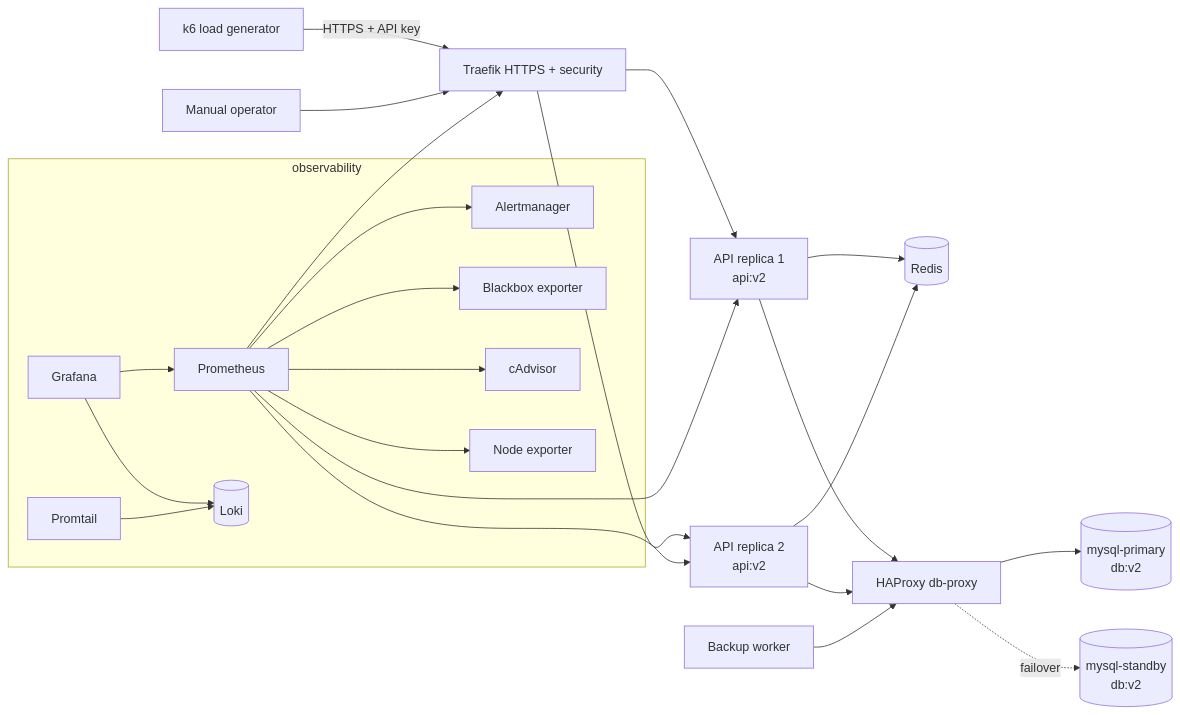
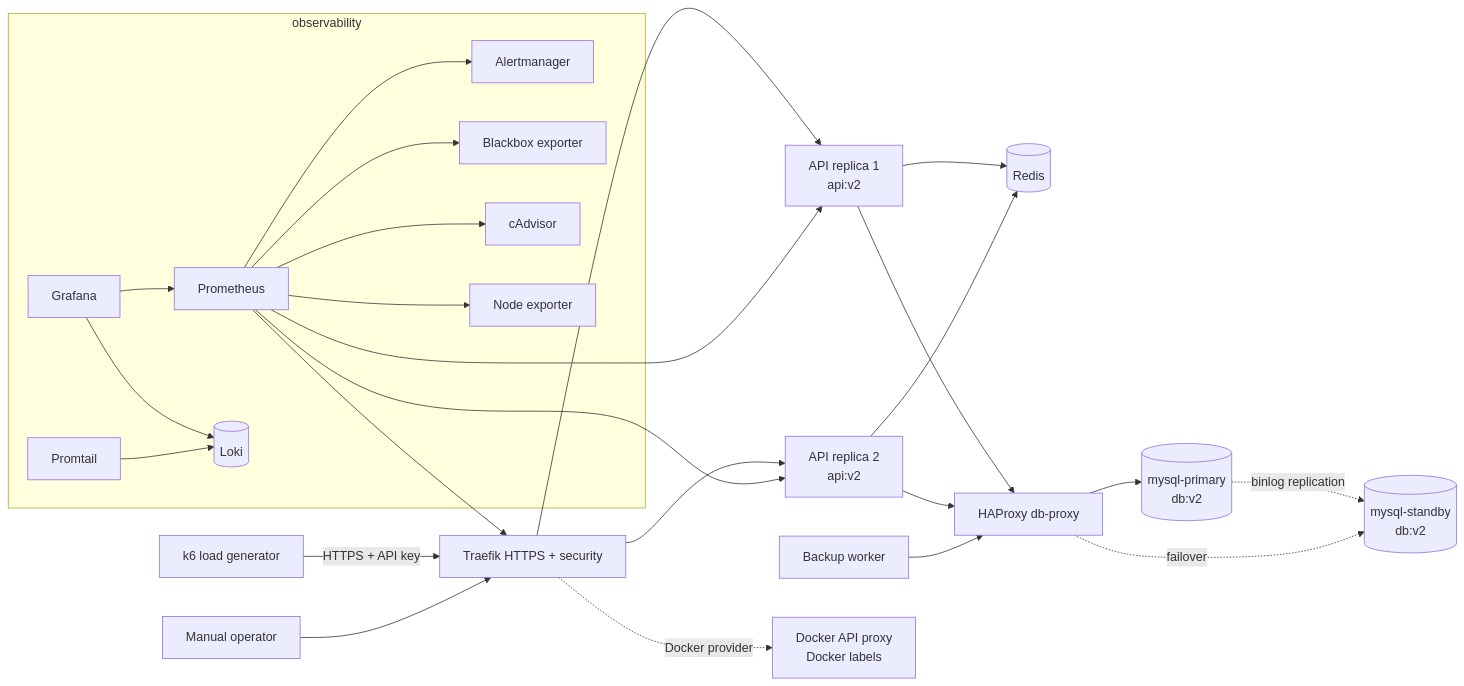
Before and after one commit to maher-elattar/task-three-mosalam-intern: the first of 2 diagrams in 11-load-testing/README.md, drawn with Mermaid. The commit also changed other lines of this file and 129 other files, not shown here.

Commit message:
Use Traefik Docker discovery and replicated DB failover

````diff
--- a/11-load-testing/README.md
+++ b/11-load-testing/README.md
@@ -18,38 +19,41 @@
 ```mermaid
 flowchart LR
   k6[k6 load generator] -->|HTTPS + API key| traefik[Traefik HTTPS + security]
   user[Manual operator] --> traefik
   traefik --> api1[API replica 1<br/>api:v2]
   traefik --> api2[API replica 2<br/>api:v2]
 
   api1 --> redis[(Redis)]
   api2 --> redis
   api1 --> dbproxy[HAProxy db-proxy]
   api2 --> dbproxy
   dbproxy --> primary[(mysql-primary<br/>db:v2)]
-  dbproxy -. failover .-> standby[(mysql-standby<br/>db:v2)]
+  primary -. "binlog replication" .-> standby[(mysql-standby<br/>db:v2)]
+  dbproxy -. failover .-> standby
 
   backup[Backup worker] --> dbproxy
 
   subgraph observability[observability]
     prom[Prometheus]
     alertmanager[Alertmanager]
     grafana[Grafana]
     loki[(Loki)]
     promtail[Promtail]
     blackbox[Blackbox exporter]
     cadvisor[cAdvisor]
     node[Node exporter]
   end
 
   prom --> alertmanager
   grafana --> prom
   grafana --> loki
   promtail --> loki
   prom --> traefik
   prom --> api1
   prom --> api2
   prom --> blackbox
   prom --> cadvisor
   prom --> node
+  dockerproxy[Docker API proxy<br/>Docker labels]
+  traefik -. "Docker provider" .-> dockerproxy
 ```
````
